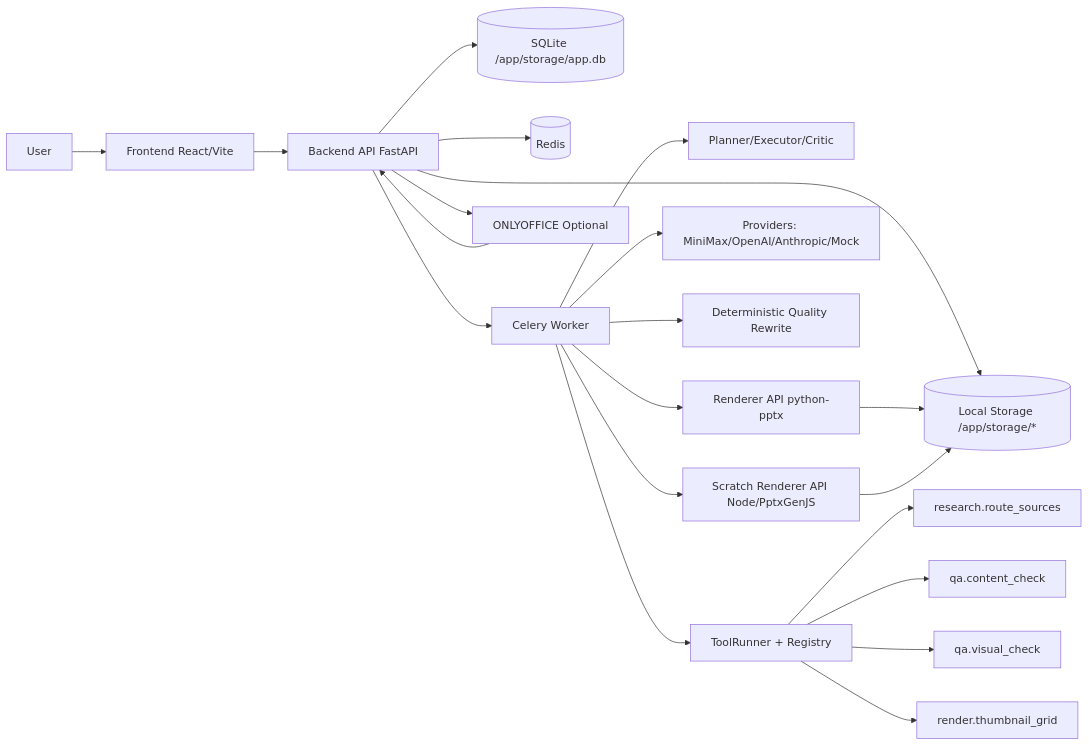
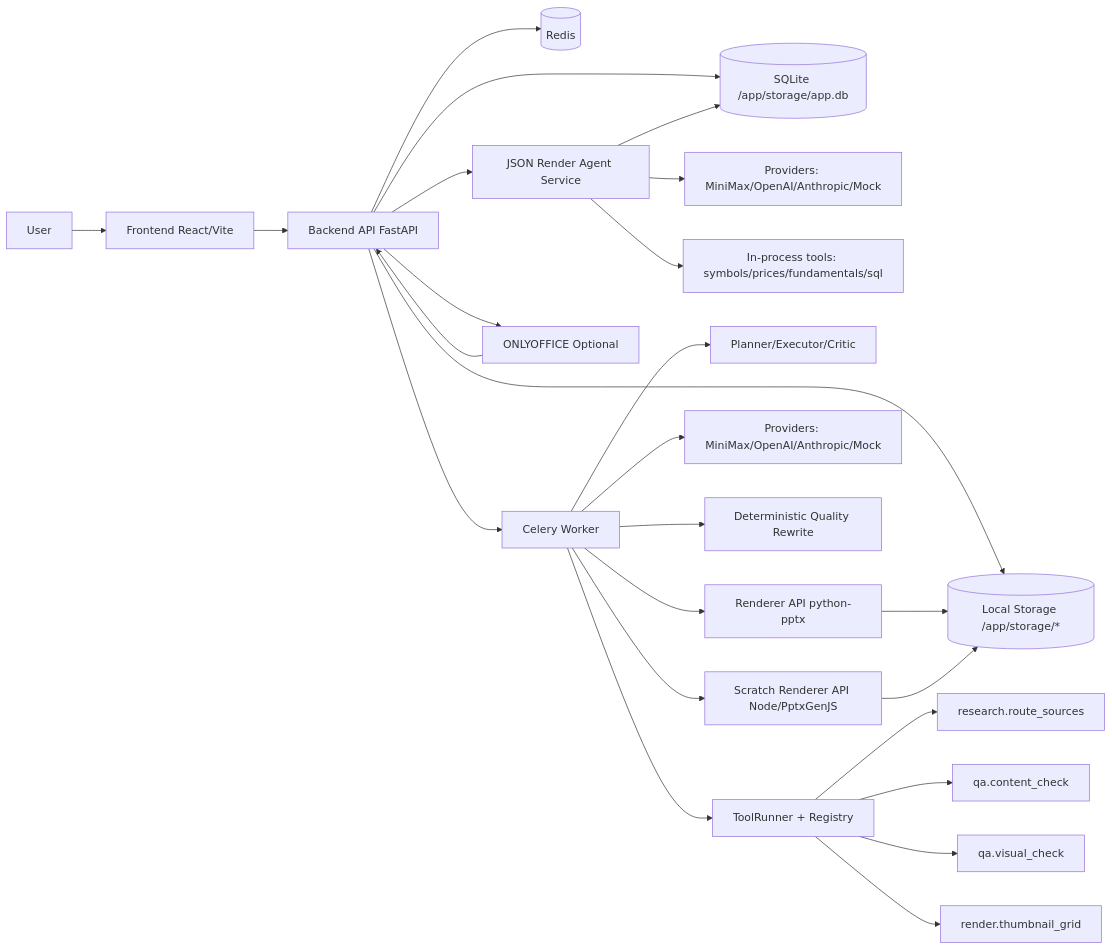
The first of 4 diagrams in docs/ARCHITECTURE.md (faiqhilman13/ppt-ting), drawn with Mermaid before and after one commit. The commit also changed other lines of this file and 1531 other files, not shown here.

````diff
--- a/docs/ARCHITECTURE.md
+++ b/docs/ARCHITECTURE.md
@@ -24,27 +25,31 @@
 ```mermaid
 flowchart LR
     U[User] --> F[Frontend React/Vite]
     F --> B[Backend API FastAPI]
 
     B --> DB[(SQLite /app/storage/app.db)]
     B --> FS[(Local Storage /app/storage/*)]
     B --> RQ[(Redis)]
     B --> W[Celery Worker]
+    B --> JRA[JSON Render Agent Service]
+    JRA --> DB
+    JRA --> LLM2[Providers: MiniMax/OpenAI/Anthropic/Mock]
+    JRA --> JT[In-process tools: symbols/prices/fundamentals/sql]
 
     W --> P[Planner/Executor/Critic]
     W --> TR[ToolRunner + Registry]
     TR --> T1[research.route_sources]
     TR --> T2[qa.content_check]
     TR --> T3[qa.visual_check]
     TR --> T4[render.thumbnail_grid]
 
     W --> LLM[Providers: MiniMax/OpenAI/Anthropic/Mock]
     W --> QL[Deterministic Quality Rewrite]
     W --> SR[Scratch Renderer API Node/PptxGenJS]
     W --> REN[Renderer API python-pptx]
     REN --> FS
     SR --> FS
 
     B --> OO[ONLYOFFICE Optional]
     OO --> B
 ```
````
